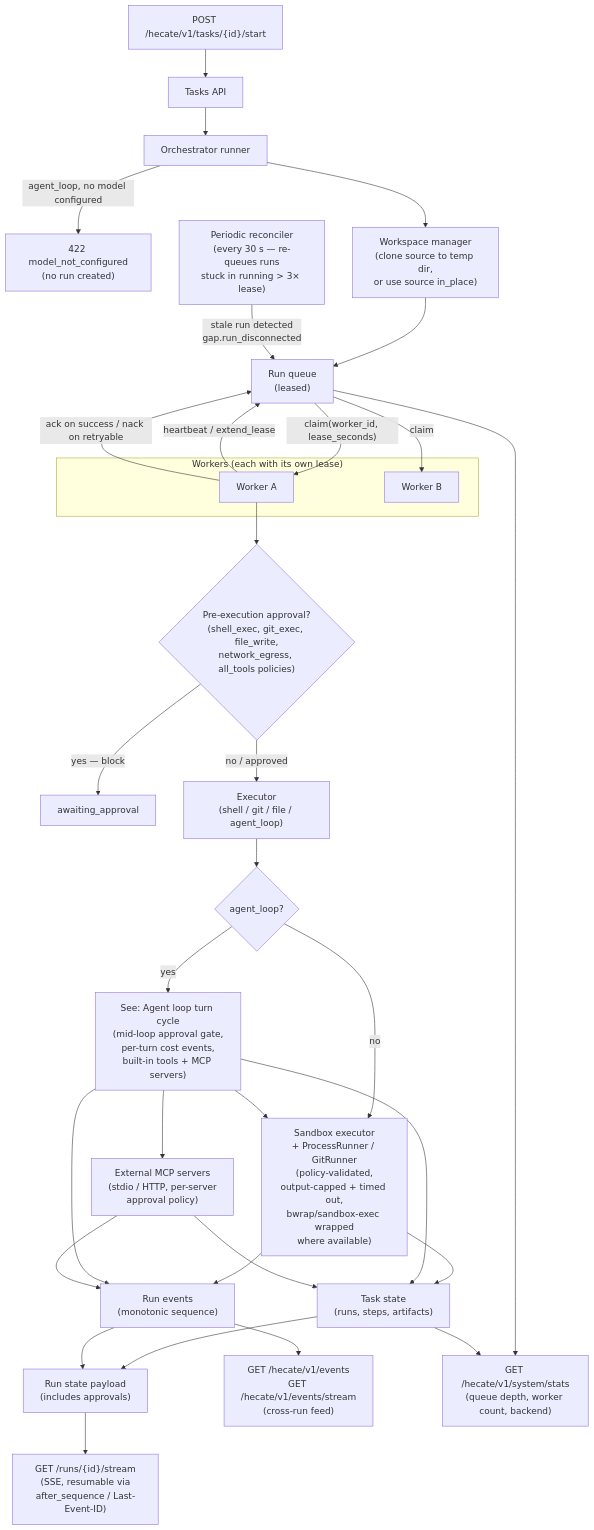
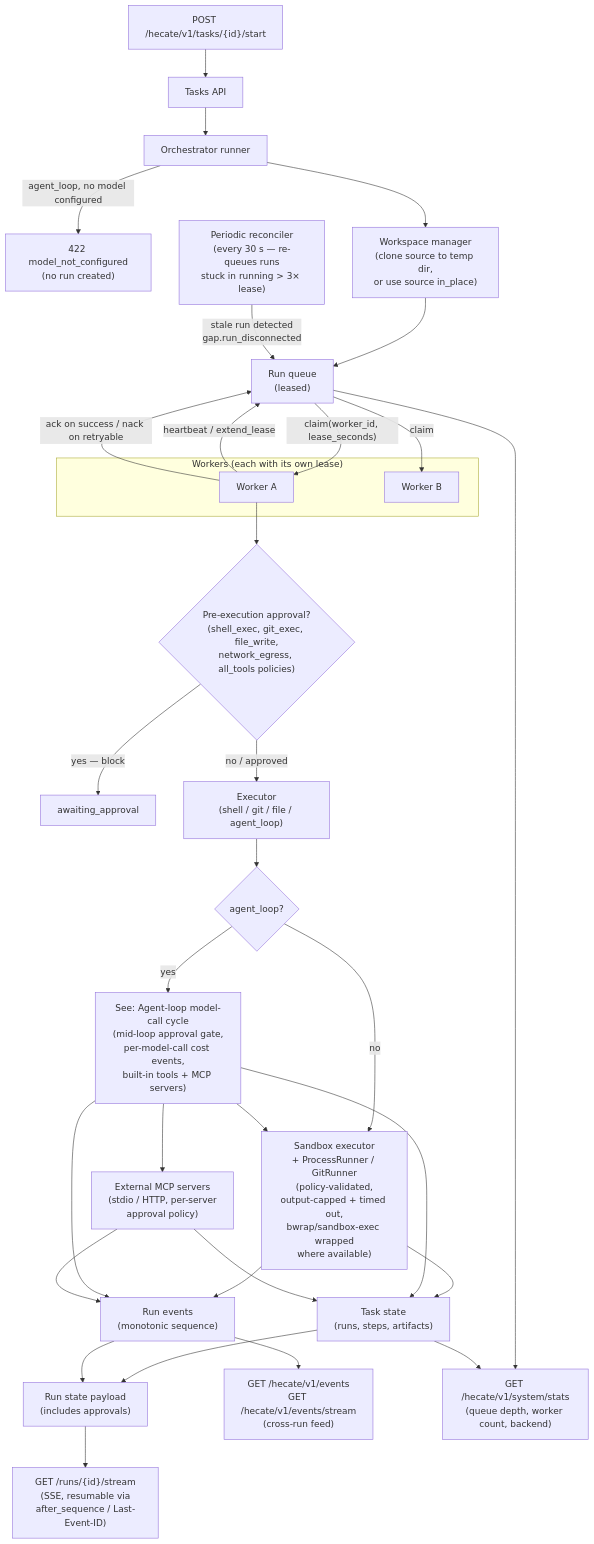
One commit to hecatehq/hecate changed the fifth of 6 diagrams in docs/contributor/architecture.md. Above: the diagram before and after it, drawn with Mermaid. The commit also changed other lines of this file and 214 other files, not shown here.

````diff
--- a/docs/contributor/architecture.md
+++ b/docs/contributor/architecture.md
@@ -332,47 +332,47 @@
 ```mermaid
 flowchart TD
     Caller["POST /hecate/v1/tasks/{id}/start"] --> TasksApi["Tasks API"]
     TasksApi --> Runner["Orchestrator runner"]
     Runner -->|"agent_loop, no model configured"| ErrModel["422 model_not_configured<br/>(no run created)"]
     Runner --> Workspace["Workspace manager<br/>(clone source to temp dir,<br/>or use source in_place)"]
     Workspace --> Queue["Run queue<br/>(leased)"]
 
     Reconciler["Periodic reconciler<br/>(every 30 s — re-queues runs<br/>stuck in running > 3× lease)"]
     Reconciler -->|"stale run detected<br/>gap.run_disconnected"| Queue
 
     subgraph Workers["Workers (each with its own lease)"]
         WorkerA["Worker A"]
         WorkerB["Worker B"]
     end
 
     Queue -->|"claim(worker_id, lease_seconds)"| WorkerA
     Queue -->|"claim"| WorkerB
     WorkerA -->|"heartbeat / extend_lease"| Queue
     WorkerA -->|"ack on success / nack on retryable"| Queue
 
     WorkerA --> PreApproval{"Pre-execution approval?<br/>(shell_exec, git_exec, file_write,<br/>network_egress, all_tools policies)"}
     PreApproval -->|"yes — block"| Pending["awaiting_approval"]
     PreApproval -->|"no / approved"| Executor
 
     Executor["Executor<br/>(shell / git / file / agent_loop)"]
     Executor --> AgentLoop{"agent_loop?"}
-    AgentLoop -->|"yes"| LoopRef["See: Agent loop turn cycle<br/>(mid-loop approval gate,<br/>per-turn cost events,<br/>built-in tools + MCP servers)"]
+    AgentLoop -->|"yes"| LoopRef["See: Agent-loop model-call cycle<br/>(mid-loop approval gate,<br/>per-model-call cost events,<br/>built-in tools + MCP servers)"]
     AgentLoop -->|"no"| Sandbox["Sandbox executor<br/>+ ProcessRunner / GitRunner<br/>(policy-validated,<br/>output-capped + timed out,<br/>bwrap/sandbox-exec wrapped<br/>where available)"]
     LoopRef --> Sandbox
     LoopRef --> McpServers["External MCP servers<br/>(stdio / HTTP, per-server<br/>approval policy)"]
 
     Sandbox --> State["Task state<br/>(runs, steps, artifacts)"]
     LoopRef --> State
     McpServers --> State
     Sandbox --> RunEvents["Run events<br/>(monotonic sequence)"]
     LoopRef --> RunEvents
     McpServers --> RunEvents
 
     State --> Snapshot["Run state payload<br/>(includes approvals)"]
     RunEvents --> Snapshot
     Snapshot --> Stream["GET /runs/{id}/stream<br/>(SSE, resumable via<br/>after_sequence / Last-Event-ID)"]
     RunEvents --> PublicEvents["GET /hecate/v1/events<br/>GET /hecate/v1/events/stream<br/>(cross-run feed)"]
 
     Queue --> Stats["GET /hecate/v1/system/stats<br/>(queue depth, worker count, backend)"]
     State --> Stats
 ```
````
